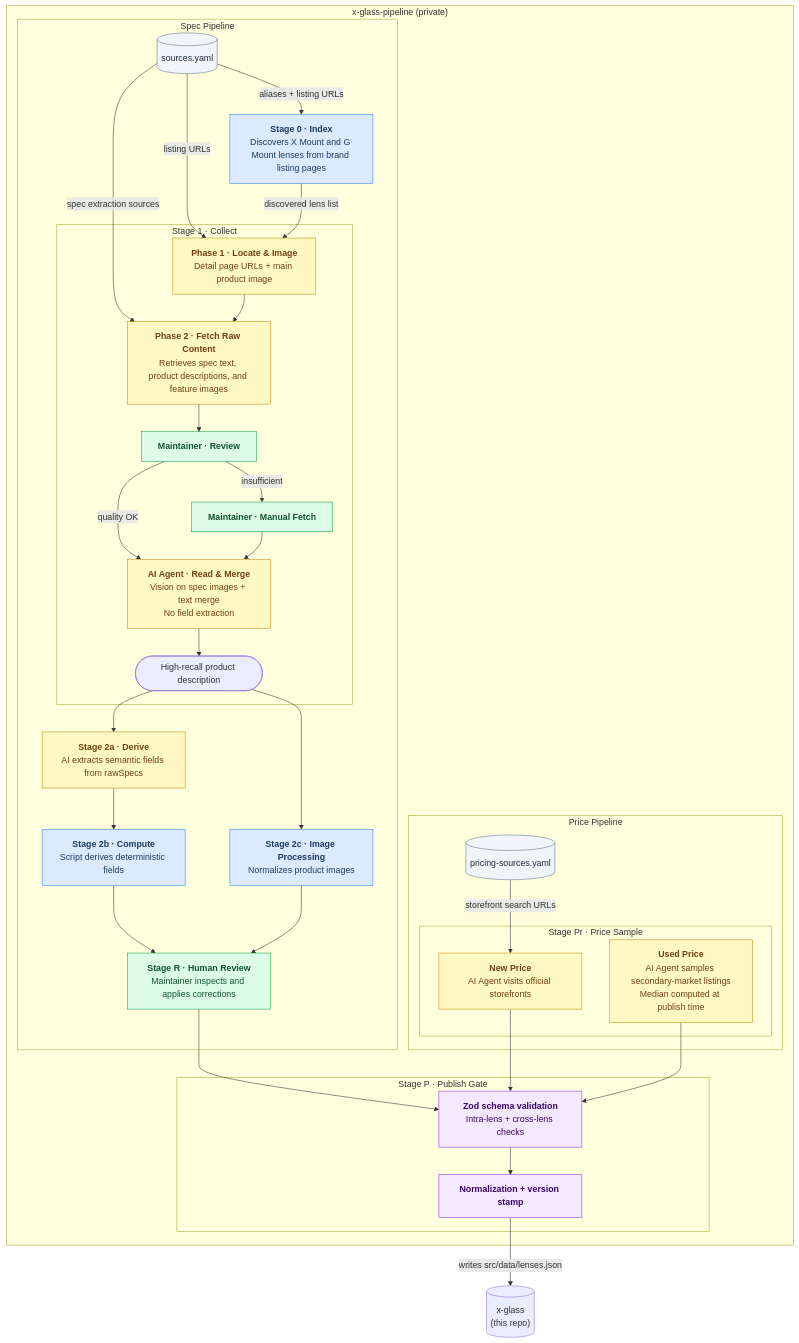
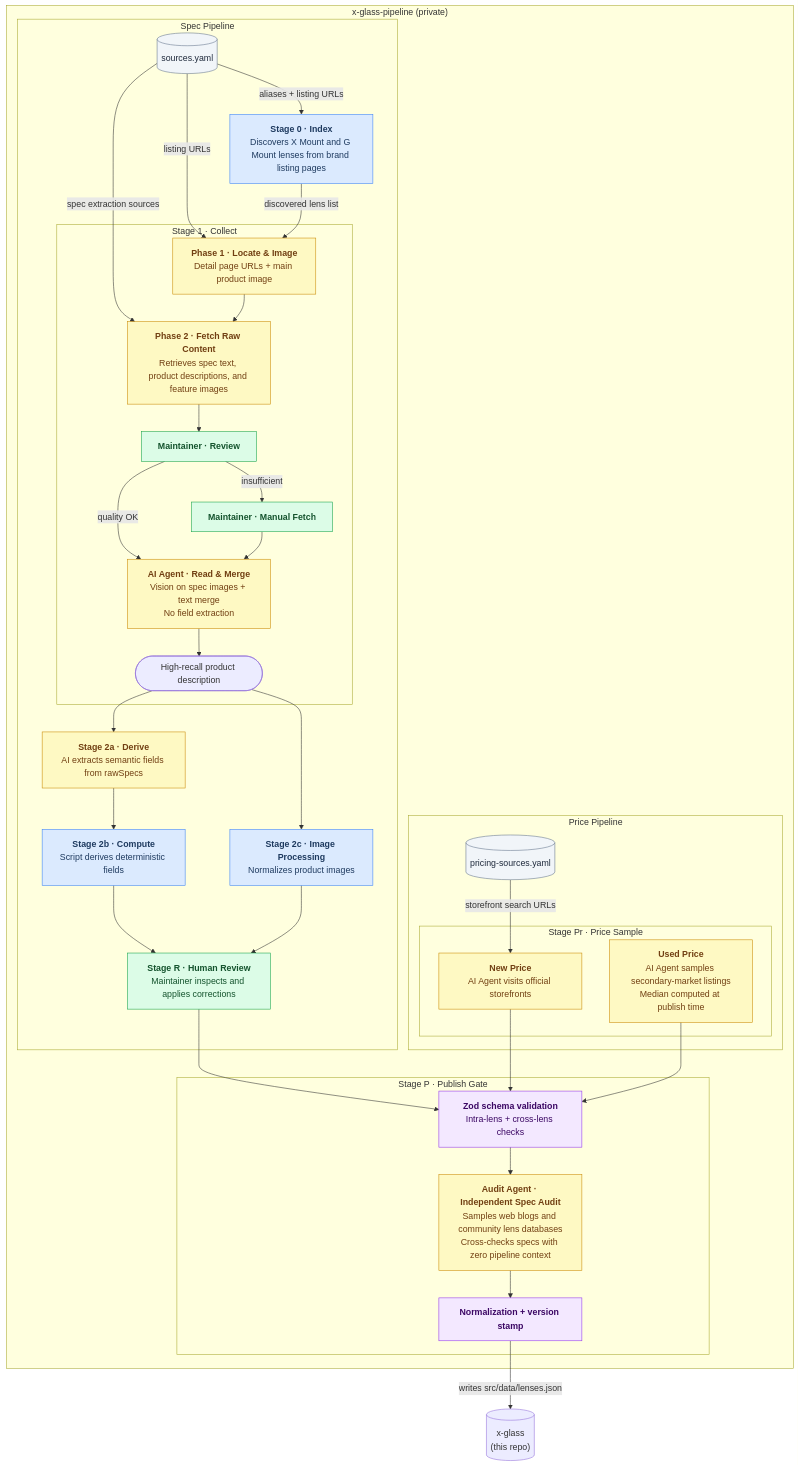
One commit to sentacraft/atlens changed the diagram in README.md. Above: the diagram before and after it, drawn with Mermaid. The commit also changed 2 other files, not shown here.

Commit message:
fix: update pipeline diagram, tighten mobile nav, enlarge compare button
- README: add Audit Agent node to Publish Gate in the data pipeline
  diagram — independent third-party spec audit with zero pipeline context
- Nav: use responsive text-xs/px-1.5 on mobile so English nav links
  (Browse, Compare) fit without crowding
- LensCard: increase mobile compare toggle from h-7/w-7 to h-8/w-8 and
  icon from 3.5 to 4 for a larger, easier-to-tap touch target

````diff
--- a/README.md
+++ b/README.md
@@ -60,71 +60,73 @@
 ```mermaid
 flowchart TD
   subgraph pipeline["x-glass-pipeline (private)"]
 
     subgraph spec["Spec Pipeline"]
       SOURCES[("sources.yaml")]
 
       S0["<b>Stage 0 · Index</b><br/>Discovers X Mount and G Mount lenses from brand listing pages"]
 
       subgraph s1["Stage 1 · Collect"]
         S1p1["<b>Phase 1 · Locate & Image</b><br/>Detail page URLs + main product image"]
         S1p2["<b>Phase 2 · Fetch Raw Content</b><br/>Retrieves spec text, product descriptions, and feature images"]
         S1r["<b>Maintainer · Review</b>"]
         S1h["<b>Maintainer · Manual Fetch</b>"]
         S1b["<b>AI Agent · Read & Merge</b><br/>Vision on spec images + text merge<br/>No field extraction"]
         S1out(["High-recall product description"])
       end
 
       S2a["<b>Stage 2a · Derive</b><br/>AI extracts semantic fields from rawSpecs"]
       S2b["<b>Stage 2b · Compute</b><br/>Script derives deterministic fields"]
       S2c["<b>Stage 2c · Image Processing</b><br/>Normalizes product images"]
       SR["<b>Stage R · Human Review</b><br/>Maintainer inspects and applies corrections"]
     end
 
     subgraph price["Price Pipeline"]
       PRICING_SOURCES[("pricing-sources.yaml")]
 
       subgraph spr["Stage Pr · Price Sample"]
         SPrNew["<b>New Price</b><br/>AI Agent visits official storefronts"]
         SPrUsed["<b>Used Price</b><br/>AI Agent samples secondary-market listings<br/>Median computed at publish time"]
       end
     end
 
     subgraph sp["Stage P · Publish Gate"]
       SP1["<b>Zod schema validation</b><br/>Intra-lens + cross-lens checks"]
+      SP_AUDIT["<b>Audit Agent · Independent Spec Audit</b><br/>Samples web blogs and community lens databases<br/>Cross-checks specs with zero pipeline context"]
       SP2["<b>Normalization + version stamp</b>"]
     end
   end
 
   SOURCES -->|"aliases + listing URLs"| S0
   SOURCES -->|"listing URLs"| S1p1
   SOURCES -->|"spec extraction sources"| S1p2
   S0 -->|"discovered lens list"| S1p1
   S1p1 --> S1p2
   S1p2 --> S1r
   S1r -->|"quality OK"| S1b
   S1r -->|"insufficient"| S1h
   S1h --> S1b
   S1b --> S1out
   S1out --> S2a & S2c
   S2a --> S2b
   S2b & S2c --> SR
   SR --> SP1
   PRICING_SOURCES -->|"storefront search URLs"| SPrNew
   SPrUsed
   SPrNew & SPrUsed --> SP1
-  SP1 --> SP2
+  SP1 --> SP_AUDIT
+  SP_AUDIT --> SP2
   SP2 -->|"writes src/data/lenses.json"| DB[("x-glass<br/>(this repo)")]
 
   classDef script fill:#dbeafe,stroke:#3b82f6,color:#1e3a5f
   classDef agent fill:#fef9c3,stroke:#ca8a04,color:#713f12
   classDef human fill:#dcfce7,stroke:#16a34a,color:#14532d
   classDef gate fill:#f3e8ff,stroke:#9333ea,color:#3b0764
   classDef config fill:#f1f5f9,stroke:#64748b,color:#1e293b
 
   class S0,S2b,S2c script
-  class S1p1,S1p2,S1b,S2a,SPrNew,SPrUsed agent
+  class S1p1,S1p2,S1b,S2a,SPrNew,SPrUsed,SP_AUDIT agent
   class S1r,S1h,SR human
   class SP1,SP2 gate
   class SOURCES,PRICING_SOURCES config
 ```
````
